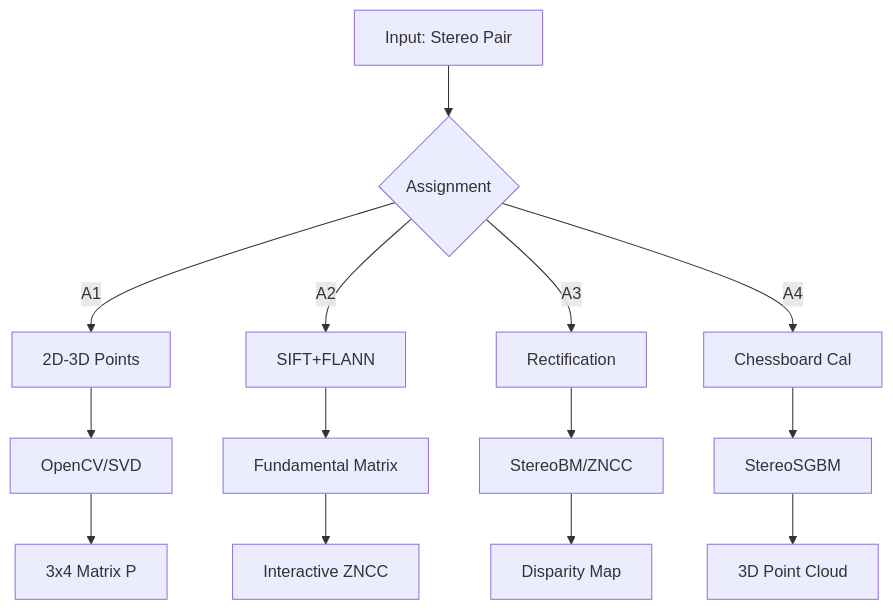
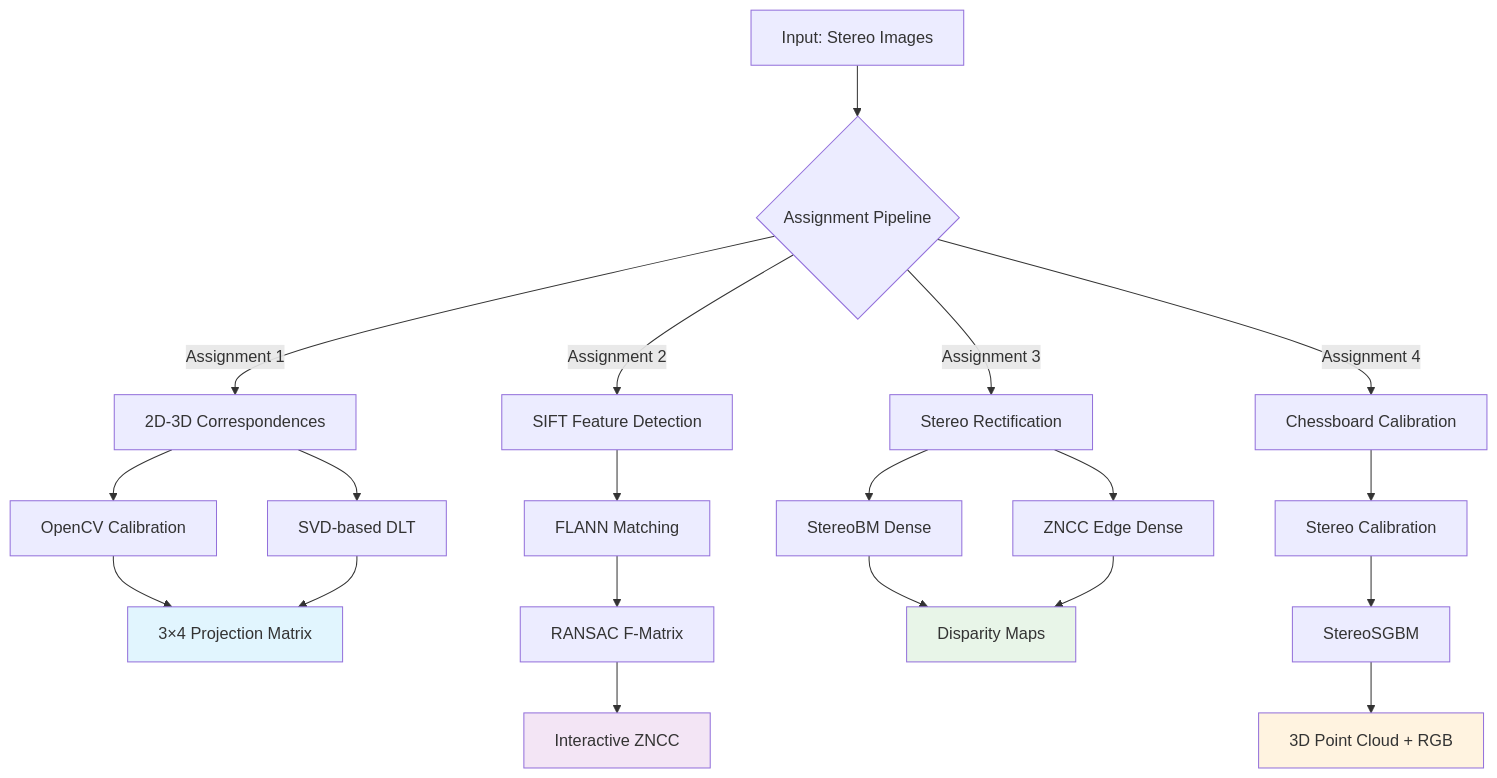
Before and after one commit to IShauryaI/stereo-vision-reconstruction: the diagram in README.md, drawn with Mermaid. The commit also changed other lines of this file, not shown here.

````diff
--- a/README.md
+++ b/README.md
@@ -114,8 +105,31 @@
 ```mermaid
 graph TD
-    A[Input: Stereo Pair] --> B{Assignment}
-    B -->|A1| C[2D-3D Points] --> D[OpenCV/SVD] --> E[3x4 Matrix P]
-    B -->|A2| F[SIFT+FLANN] --> G[Fundamental Matrix] --> H[Interactive ZNCC]
-    B -->|A3| I[Rectification] --> J[StereoBM/ZNCC] --> K[Disparity Map]
-    B -->|A4| L[Chessboard Cal] --> M[StereoSGBM] --> N[3D Point Cloud]
+    A[Input: Stereo Images] --> B{Assignment Pipeline}
+    
+    B -->|Assignment 1| C[2D-3D Correspondences]
+    C --> D[OpenCV Calibration]
+    C --> E[SVD-based DLT] 
+    D --> F[3×4 Projection Matrix]
+    E --> F
+    
+    B -->|Assignment 2| G[SIFT Feature Detection]
+    G --> H[FLANN Matching]
+    H --> I[RANSAC F-Matrix]
+    I --> J[Interactive ZNCC]
+    
+    B -->|Assignment 3| K[Stereo Rectification]
+    K --> L[StereoBM Dense]
+    K --> M[ZNCC Edge Dense]
+    L --> N[Disparity Maps]
+    M --> N
+    
+    B -->|Assignment 4| O[Chessboard Calibration]
+    O --> P[Stereo Calibration]
+    P --> Q[StereoSGBM]
+    Q --> R[3D Point Cloud + RGB]
+    
+    style F fill:#e1f5fe
+    style J fill:#f3e5f5
+    style N fill:#e8f5e8
+    style R fill:#fff3e0
 ```
````
